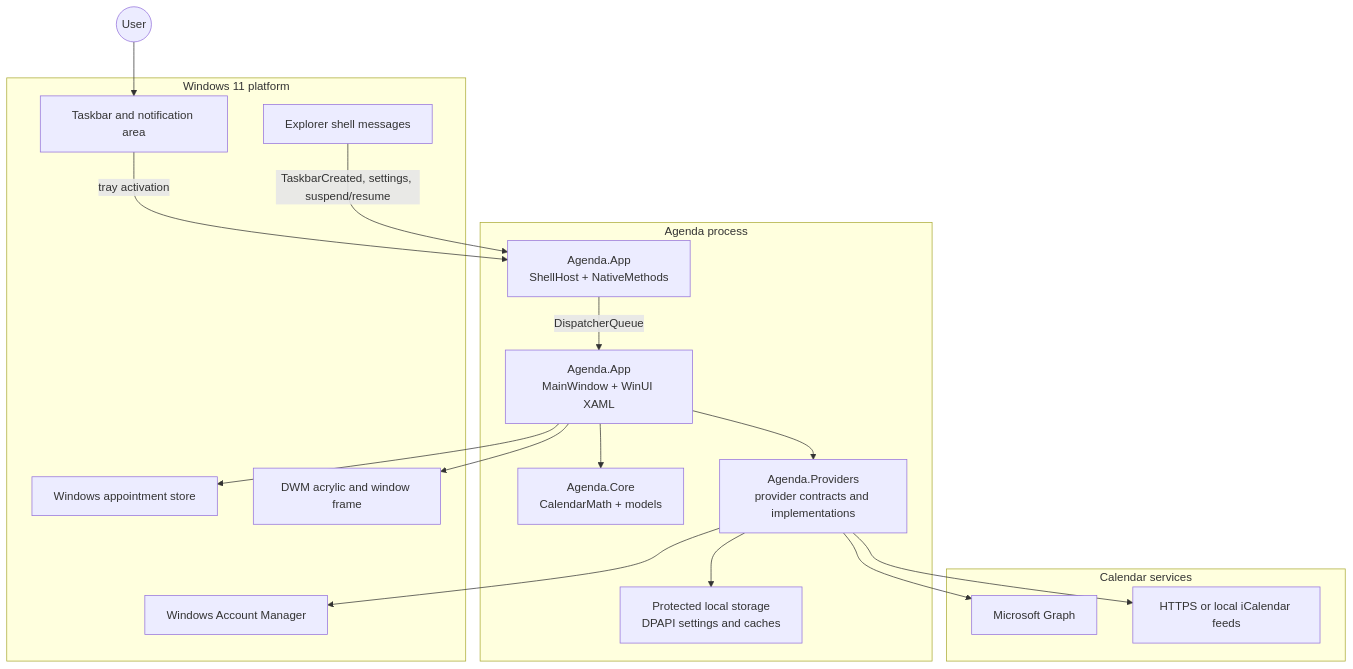
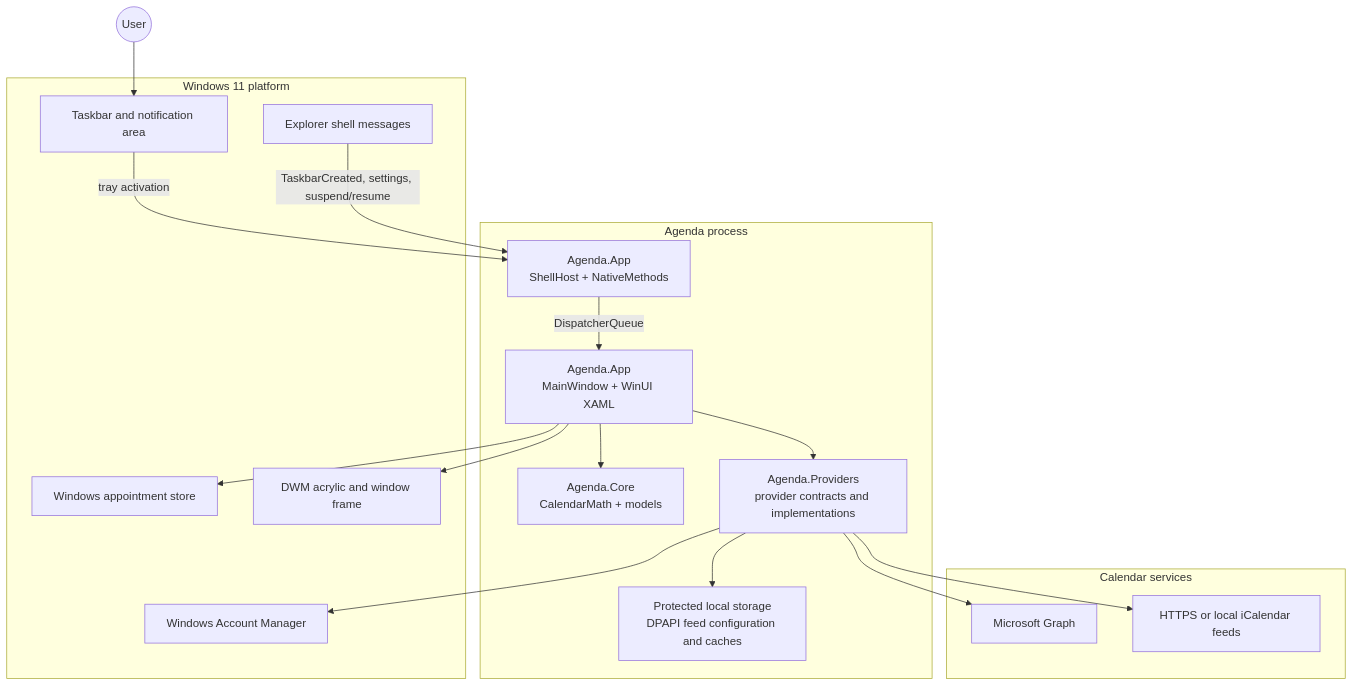
One commit to kiforsbe/agenda changed the first of 6 diagrams in ARCHITECTURE.md. Above: the diagram before and after it, drawn with Mermaid. The commit also changed other lines of this file and 2 other files, not shown here.

Commit message:
Prepare v0.3.0 release and document reminder architecture

````diff
--- a/ARCHITECTURE.md
+++ b/ARCHITECTURE.md
@@ -11,37 +11,37 @@
 ```mermaid
 flowchart TB
     User((User))
     subgraph Windows[Windows 11 platform]
         Taskbar[Taskbar and notification area]
         Explorer[Explorer shell messages]
         WAM[Windows Account Manager]
         Store[Windows appointment store]
         DWM[DWM acrylic and window frame]
     end
 
     subgraph Agenda[Agenda process]
         Shell[Agenda.App\nShellHost + NativeMethods]
         Window[Agenda.App\nMainWindow + WinUI XAML]
         Core[Agenda.Core\nCalendarMath + models]
         Providers[Agenda.Providers\nprovider contracts and implementations]
-        Storage[Protected local storage\nDPAPI settings and caches]
+        Storage[Protected local storage\nDPAPI feed configuration and caches]
     end
 
     subgraph Services[Calendar services]
         Graph[Microsoft Graph]
         ICS[HTTPS or local iCalendar feeds]
     end
 
     User --> Taskbar
     Taskbar -->|tray activation| Shell
     Explorer -->|TaskbarCreated, settings, suspend/resume| Shell
     Shell -->|DispatcherQueue| Window
     Window --> Core
     Window --> Providers
     Providers --> Storage
     Providers --> Graph
     Providers --> ICS
     Window --> Store
     Providers --> WAM
     Window --> DWM
 ```
````
